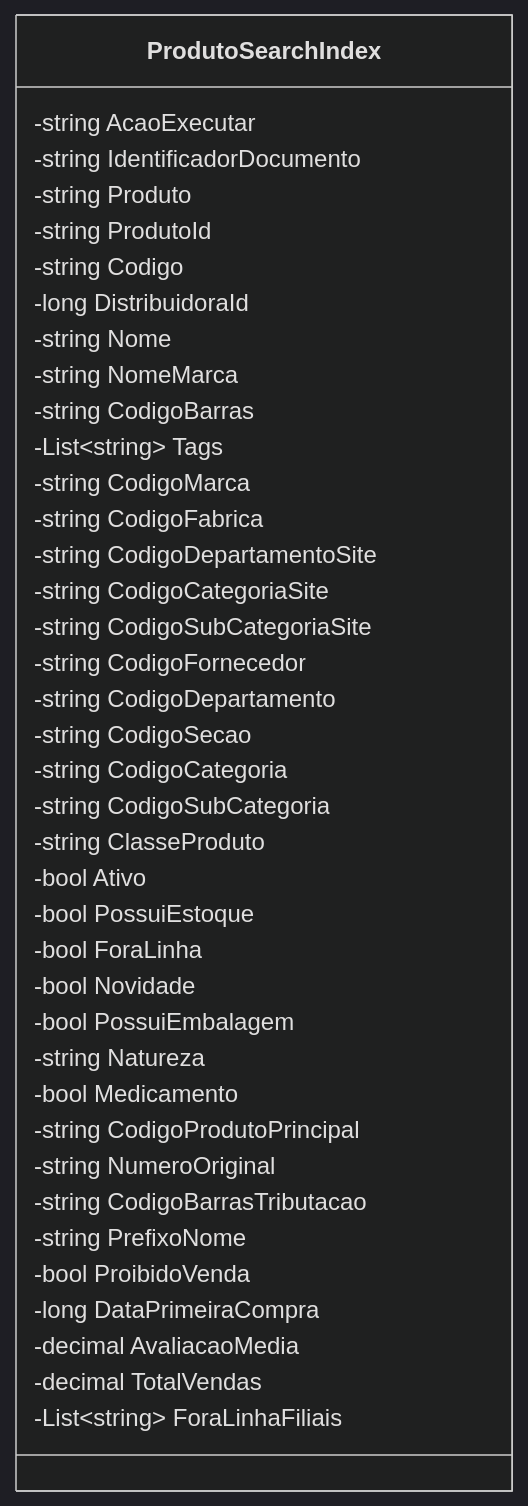
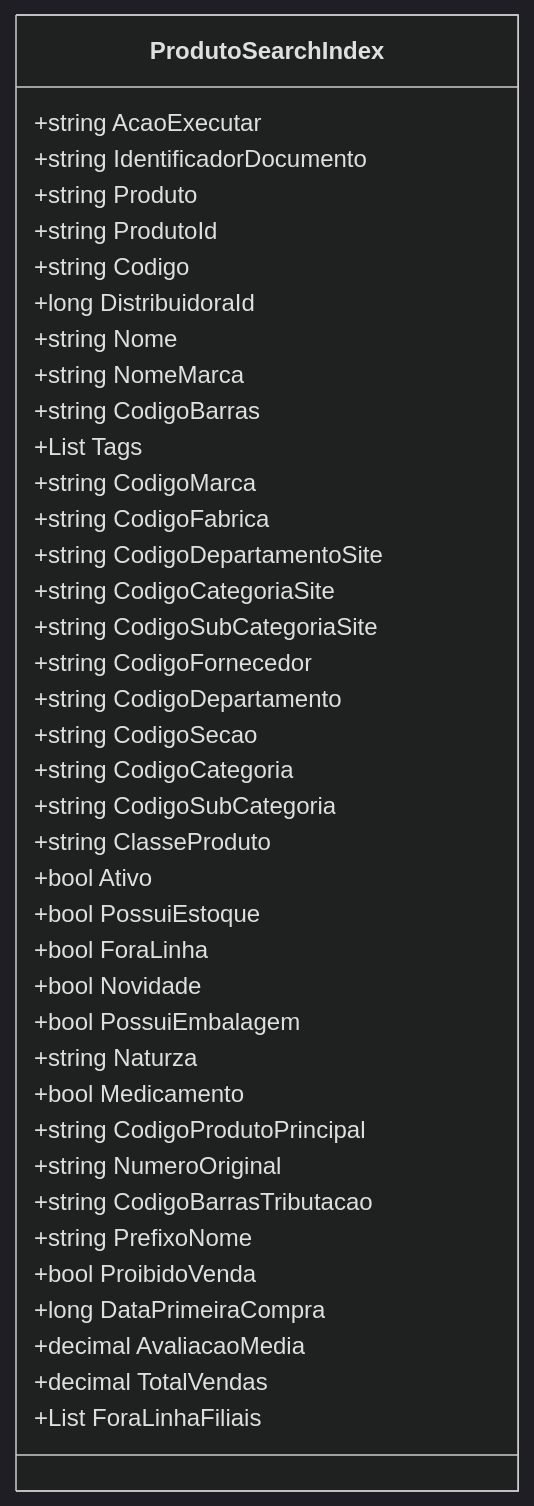
The diagram in docs/b2b-dominio/IsthmusWinthor.Nucleo/IsthmusWinthor.Dominio/AzureSearchIndex/ProdutoSearchIndex.md (IsthmusSistemas/documentacao-tecnica), drawn with Mermaid (dark theme) before and after one commit. The commit also changed other lines of this file and 882 other files, not shown here.

````diff
--- a/docs/b2b-dominio/IsthmusWinthor.Nucleo/IsthmusWinthor.Dominio/AzureSearchIndex/ProdutoSearchIndex.md
+++ b/docs/b2b-dominio/IsthmusWinthor.Nucleo/IsthmusWinthor.Dominio/AzureSearchIndex/ProdutoSearchIndex.md
@@ -30,42 +21,42 @@
 ```mermaid
 classDiagram
     class ProdutoSearchIndex {
-        -string AcaoExecutar
-        -string IdentificadorDocumento
-        -string Produto
-        -string ProdutoId
-        -string Codigo
-        -long DistribuidoraId
-        -string Nome
-        -string NomeMarca
-        -string CodigoBarras
-        -List~string~ Tags
-        -string CodigoMarca
-        -string CodigoFabrica
-        -string CodigoDepartamentoSite
-        -string CodigoCategoriaSite
-        -string CodigoSubCategoriaSite
-        -string CodigoFornecedor
-        -string CodigoDepartamento
-        -string CodigoSecao
-        -string CodigoCategoria
-        -string CodigoSubCategoria
-        -string ClasseProduto
-        -bool Ativo
-        -bool PossuiEstoque
-        -bool ForaLinha
-        -bool Novidade
-        -bool PossuiEmbalagem
-        -string Natureza
-        -bool Medicamento
-        -string CodigoProdutoPrincipal
-        -string NumeroOriginal
-        -string CodigoBarrasTributacao
-        -string PrefixoNome
-        -bool ProibidoVenda
-        -long DataPrimeiraCompra
-        -decimal AvaliacaoMedia
-        -decimal TotalVendas
-        -List~string~ ForaLinhaFiliais
+        +string AcaoExecutar
+        +string IdentificadorDocumento
+        +string Produto
+        +string ProdutoId
+        +string Codigo
+        +long DistribuidoraId
+        +string Nome
+        +string NomeMarca
+        +string CodigoBarras
+        +List<string> Tags
+        +string CodigoMarca
+        +string CodigoFabrica
+        +string CodigoDepartamentoSite
+        +string CodigoCategoriaSite
+        +string CodigoSubCategoriaSite
+        +string CodigoFornecedor
+        +string CodigoDepartamento
+        +string CodigoSecao
+        +string CodigoCategoria
+        +string CodigoSubCategoria
+        +string ClasseProduto
+        +bool Ativo
+        +bool PossuiEstoque
+        +bool ForaLinha
+        +bool Novidade
+        +bool PossuiEmbalagem
+        +string Naturza
+        +bool Medicamento
+        +string CodigoProdutoPrincipal
+        +string NumeroOriginal
+        +string CodigoBarrasTributacao
+        +string PrefixoNome
+        +bool ProibidoVenda
+        +long DataPrimeiraCompra
+        +decimal AvaliacaoMedia
+        +decimal TotalVendas
+        +List<string> ForaLinhaFiliais
     }
 ```
````
